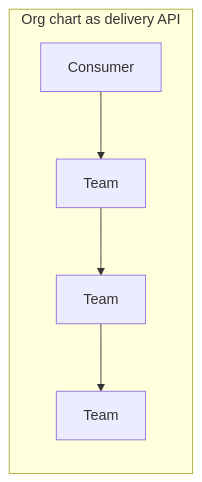
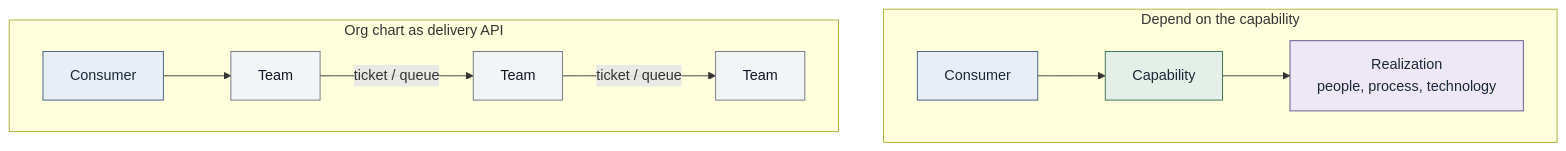
Before and after one commit to opsdevcode/convergence: the diagram in diagrams/consumer-capability-realization.md, drawn with Mermaid. The commit also changed other lines of this file and 25 other files, not shown here.

First line of the commit message:
docs: improve mermaid diagrams and page layout

````diff
--- a/diagrams/consumer-capability-realization.md
+++ b/diagrams/consumer-capability-realization.md
@@ -13,8 +6,20 @@
 ```mermaid
-flowchart LR
-  subgraph routing["Org chart as delivery API"]
-    C2["Consumer"] --> T1["Team"]
-    T1 --> T2["Team"]
-    T2 --> T3["Team"]
+flowchart TB
+  subgraph good["Depend on the capability"]
+    direction LR
+    C1["Consumer"]:::actor --> Cap["Capability"]:::cap
+    Cap --> R["Realization<br/>people, process, technology"]:::real
   end
+
+  subgraph bad["Org chart as delivery API"]
+    direction LR
+    C2["Consumer"]:::actor --> T1["Team"]:::team
+    T1 -->|"ticket / queue"| T2["Team"]:::team
+    T2 -->|"ticket / queue"| T3["Team"]:::team
+  end
+
+  classDef actor fill:#E8EEF6,stroke:#3D5A80,color:#1B2838
+  classDef cap fill:#E4EFE7,stroke:#2F6F4E,color:#1B2838
+  classDef real fill:#EEE8F6,stroke:#5B4B8A,color:#1B2838
+  classDef team fill:#F3F4F6,stroke:#6B7280,color:#111827
 ```
````
